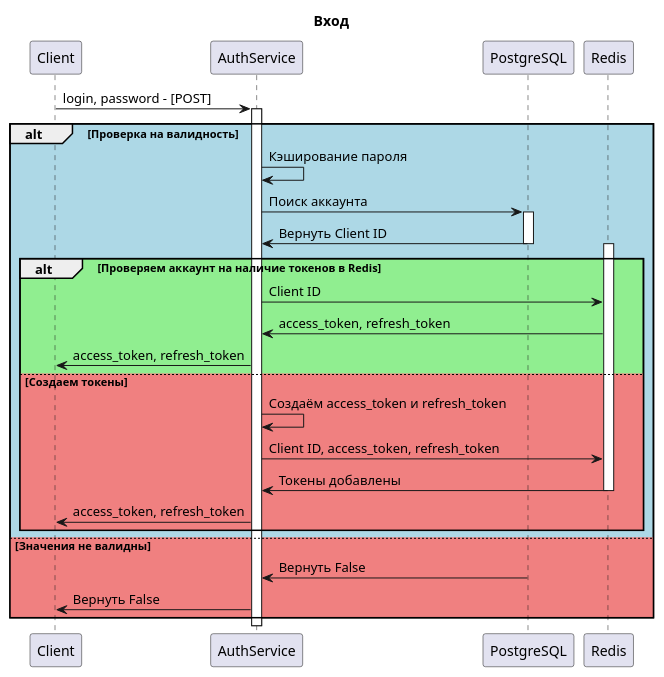
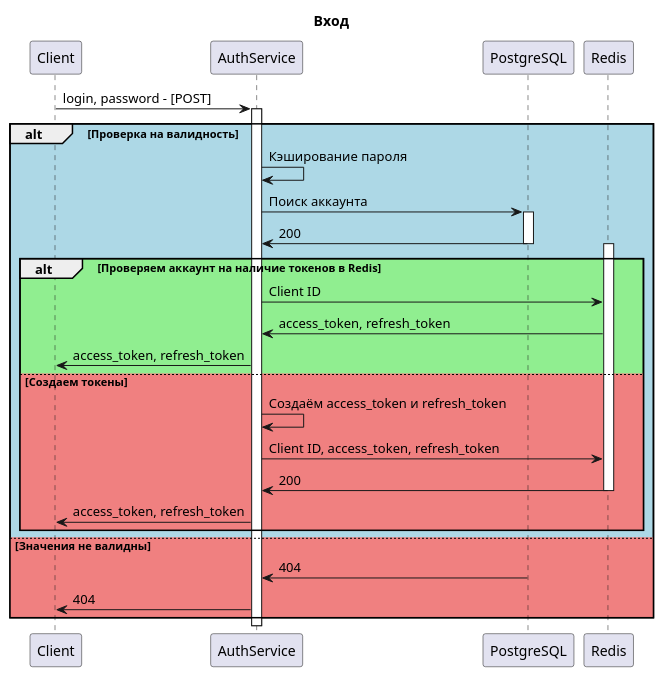
One commit to ARtiDPA/Auth changed the diagram in architecture/signin.puml. Above: the diagram before and after it, drawn with PlantUML. The commit also changed 11 other files, not shown here.

Commit message:
feet[sheme]: изменил схемы входа и регистрации

```diff
--- a/architecture/signin.puml
+++ b/architecture/signin.puml
@@ -1,27 +1,27 @@
 @startuml Вход
 title: Вход
 Client -> AuthService: login, password - [POST]
 alt #LightBlue Проверка на валидность
     activate AuthService
     AuthService -> AuthService: Кэширование пароля
     AuthService -> PostgreSQL: Поиск аккаунта
     activate PostgreSQL
-    PostgreSQL -> AuthService: Вeрнуть Client ID
+    PostgreSQL -> AuthService: 200
     deactivate PostgreSQL
     alt #LightGreen Проверяем аккаунт на наличие токенов в Redis
         activate Redis
         AuthService -> Redis: Client ID
         Redis -> AuthService: access_token, refresh_token
         AuthService -> Client: access_token, refresh_token
     else #LightCoral Создаем токены
         AuthService -> AuthService: Создаём access_token и refresh_token
         AuthService -> Redis: Client ID, access_token, refresh_token
-        Redis -> AuthService: Токены добавлены
+        Redis -> AuthService: 200
         deactivate Redis
         AuthService -> Client: access_token, refresh_token
     end
 else #LightCoral Значения не валидны
-    PostgreSQL -> AuthService: Вернуть False
-    AuthService -> Client: Вернуть False
+    PostgreSQL -> AuthService: 404
+    AuthService -> Client: 404
 end
 @enduml
```
